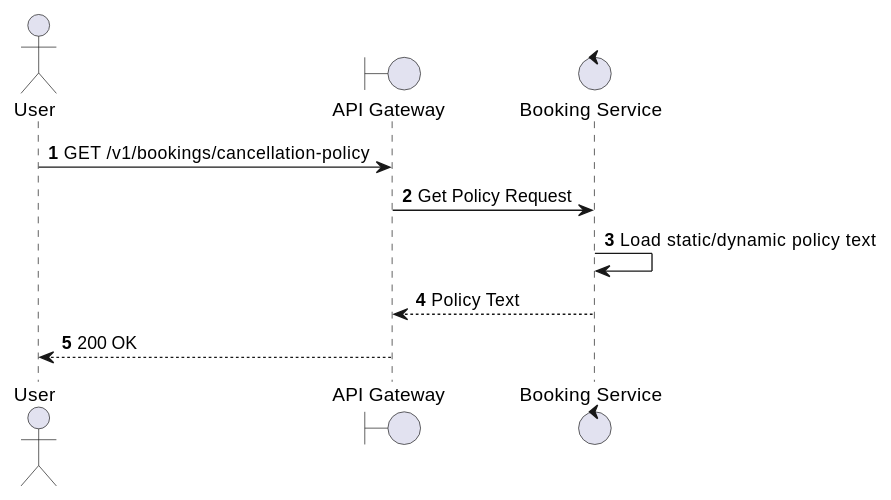
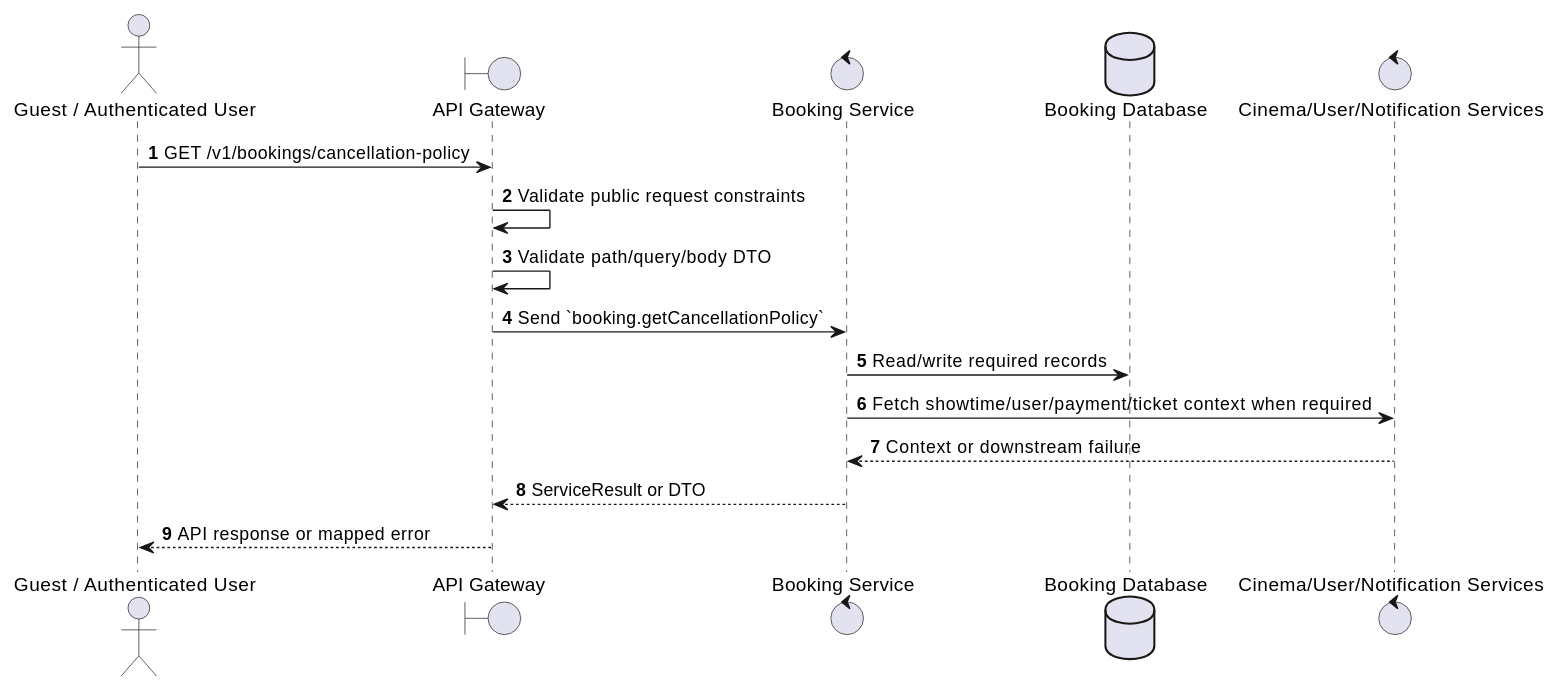
One commit to Tanh1603/movie-hub-architecture changed the first of 2 diagrams in docs/functional_specs/3.5.1_User_Booking_Operations/BK-11_Get_Cancellation_Policy.md. Above: the diagram before and after it, drawn with PlantUML. The commit also changed other lines of this file and 126 other files, not shown here.

````diff
--- a/docs/functional_specs/3.5.1_User_Booking_Operations/BK-11_Get_Cancellation_Policy.md
+++ b/docs/functional_specs/3.5.1_User_Booking_Operations/BK-11_Get_Cancellation_Policy.md
@@ -17,14 +17,20 @@
 ```plantuml
 @startuml
 autonumber
-actor User
+actor "Guest / Authenticated User" as Actor
 boundary "API Gateway" as GW
-control "Booking Service" as BS
+control "Booking Service" as SVC
+database "Booking Database" as DB
+control "Cinema/User/Notification Services" as EXT
 
-User -> GW: GET /v1/bookings/cancellation-policy
-GW -> BS: Get Policy Request
-BS -> BS: Load static/dynamic policy text
-BS --> GW: Policy Text
-GW --> User: 200 OK
+Actor -> GW: GET /v1/bookings/cancellation-policy
+GW -> GW: Validate public request constraints
+GW -> GW: Validate path/query/body DTO
+GW -> SVC: Send `booking.getCancellationPolicy`
+SVC -> DB: Read/write required records
+SVC -> EXT: Fetch showtime/user/payment/ticket context when required
+EXT --> SVC: Context or downstream failure
+SVC --> GW: ServiceResult or DTO
+GW --> Actor: API response or mapped error
 @enduml
 ```
````
